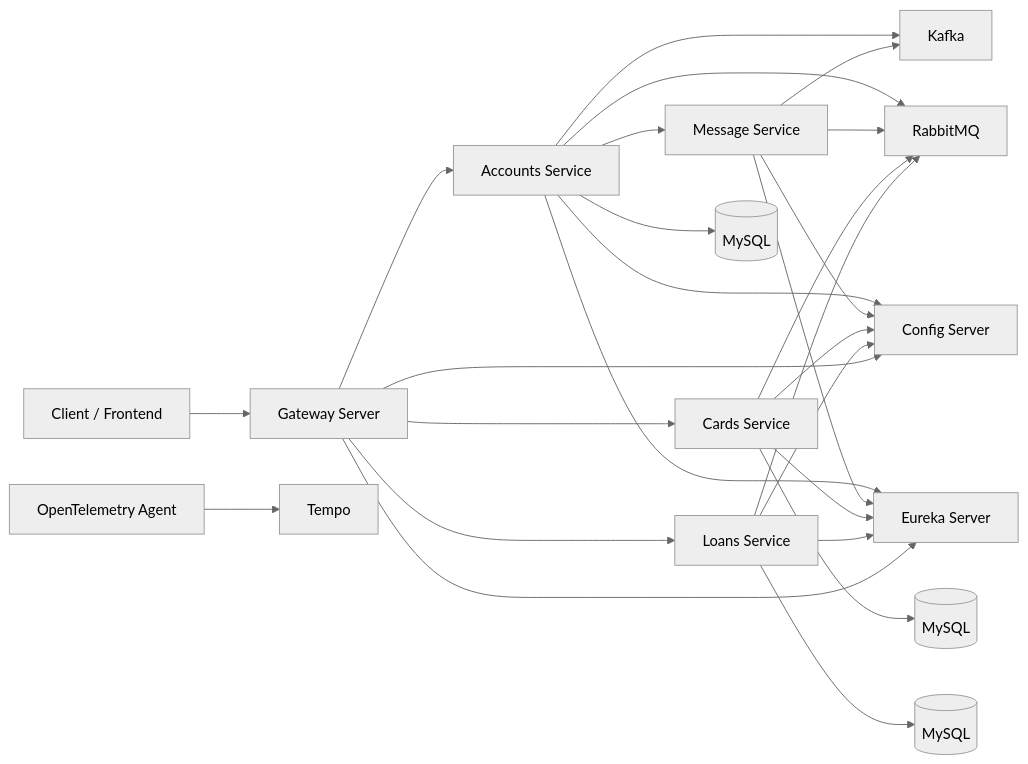
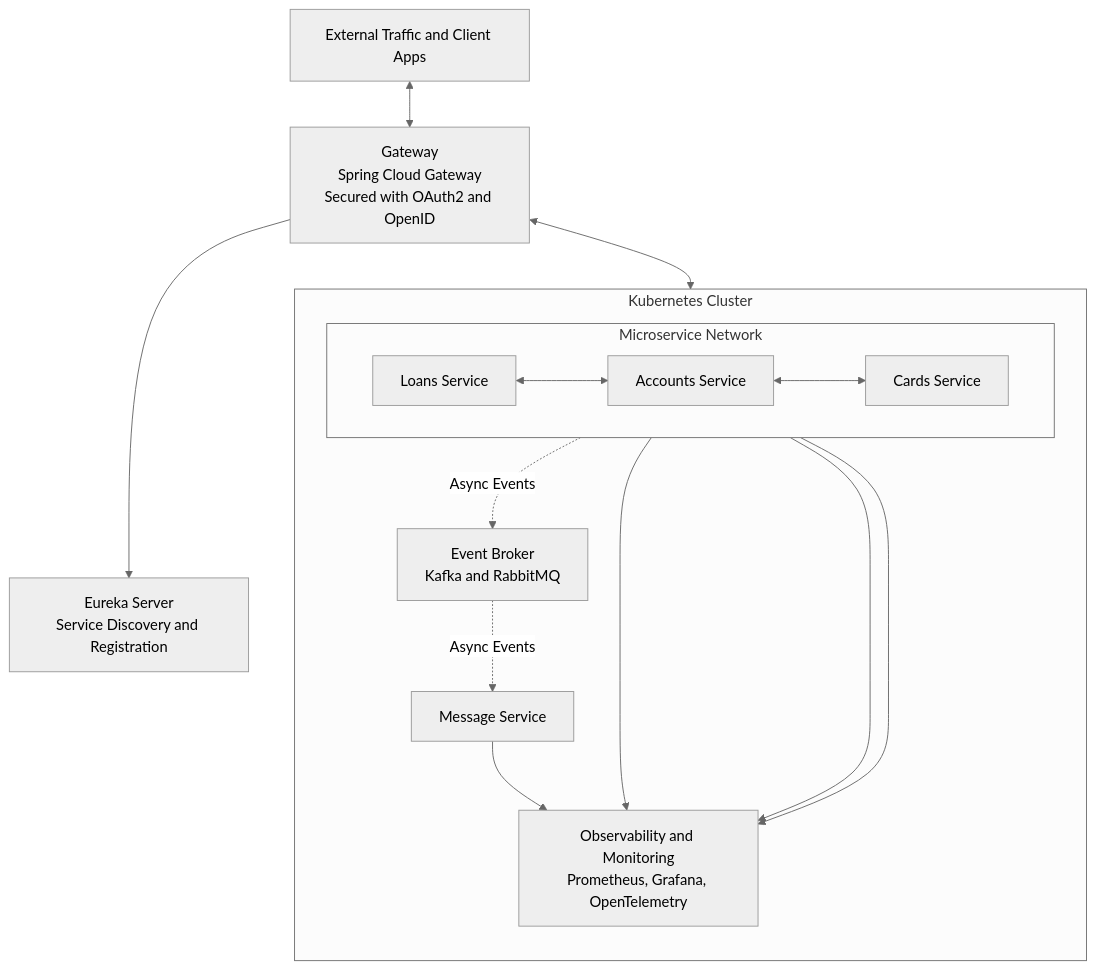
Before and after one commit to AkhilFrancis/Spring-Boot-Microservices-Cloud-Native-Bank-App: the diagram in README.md, drawn with Mermaid (neutral theme).

````diff
--- a/README.md
+++ b/README.md
@@ -9,33 +9,35 @@
 ```mermaid
-flowchart LR
-    U[Client / Frontend] --> GW[Gateway Server]
-    GW --> ACC[Accounts Service]
-    GW --> CRS[Cards Service]
-    GW --> LNS[Loans Service]
-    ACC --> MSG[Message Service]
+flowchart TB
+	EXT[External Traffic and Client Apps]
+	GW[Gateway<br/>Spring Cloud Gateway<br/>Secured with OAuth2 and OpenID]
+	EUR[Eureka Server<br/>Service Discovery and Registration]
 
-    ACC --> DB1[(MySQL)]
-    CRS --> DB2[(MySQL)]
-    LNS --> DB3[(MySQL)]
+	subgraph K8S[Kubernetes Cluster]
+		direction TB
 
-    ACC --> KFK[Kafka]
-    MSG --> KFK
-    ACC --> RBT[RabbitMQ]
-    MSG --> RBT
-    CRS --> RBT
-    LNS --> RBT
+		subgraph NET[Microservice Network]
+			direction LR
+			LOANS[Loans Service]
+			ACC[Accounts Service]
+			CARDS[Cards Service]
+			LOANS <--> ACC
+			ACC <--> CARDS
+		end
 
-    ACC --> CFG[Config Server]
-    MSG --> CFG
-    CRS --> CFG
-    LNS --> CFG
-    GW --> CFG
+		BROKER[Event Broker<br/>Kafka and RabbitMQ]
+		MSG[Message Service]
+		OBS[Observability and Monitoring<br/>Prometheus, Grafana, OpenTelemetry]
+	end
 
-    ACC --> EUR[Eureka Server]
-    MSG --> EUR
-    CRS --> EUR
-    LNS --> EUR
-    GW --> EUR
+	EXT <--> GW
+	GW <--> ACC
+	GW --> EUR
 
-    OTEL[OpenTelemetry Agent] --> TMP[Tempo]
+	ACC -. Async Events .-> BROKER
+	BROKER -. Async Events .-> MSG
+
+	ACC --> OBS
+	CARDS --> OBS
+	LOANS --> OBS
+	MSG --> OBS
 ```
````
